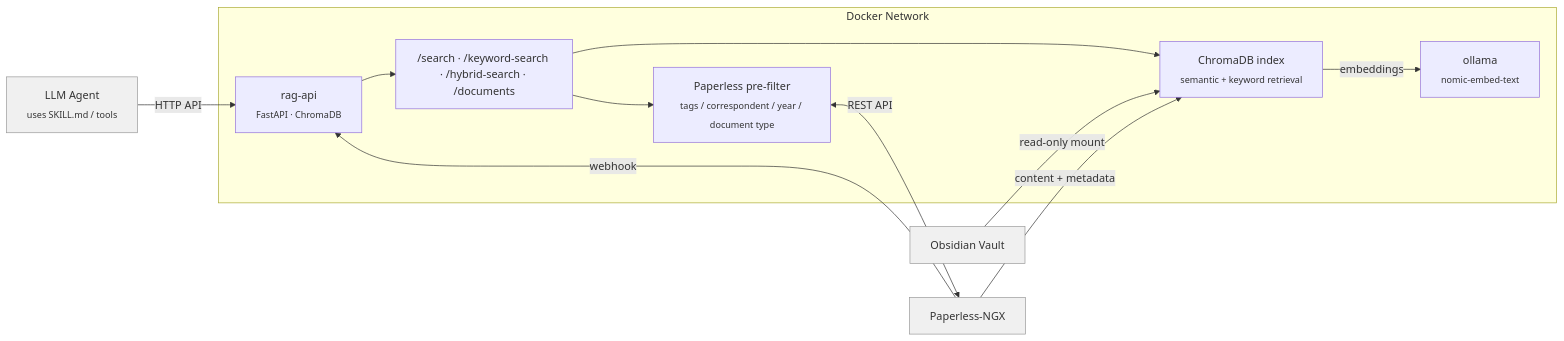
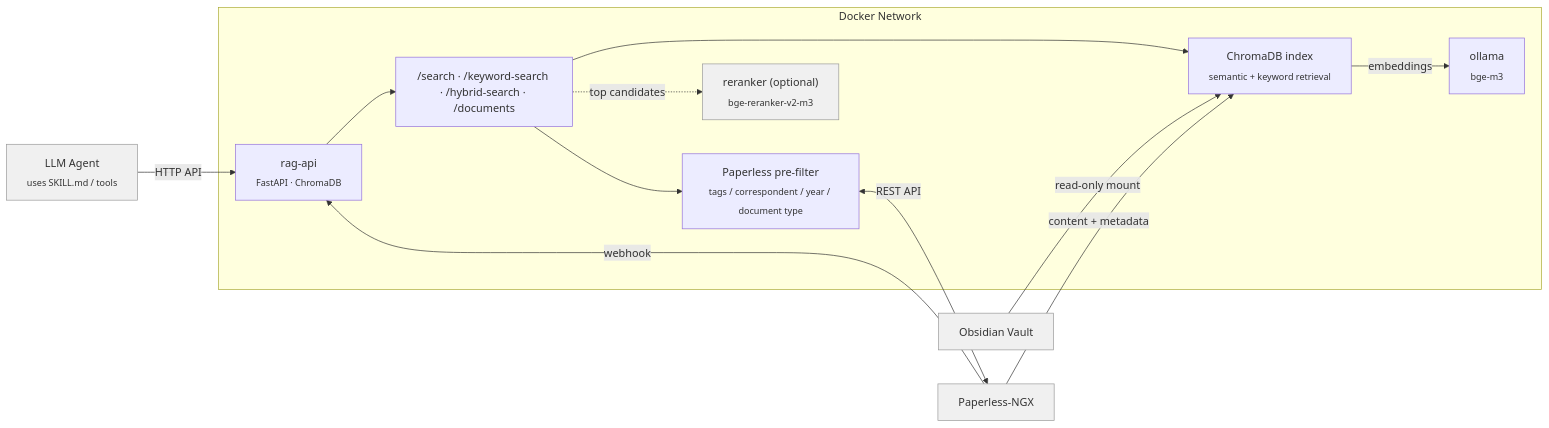
Before and after one commit to duongel/rag-api: the diagram in README.md, drawn with Mermaid. The commit also changed other lines of this file and 9 other files, not shown here.

First line of the commit message:
feat(index): upgrade to bge-m3, add opt-in reranker, tune HNSW

````diff
--- a/README.md
+++ b/README.md
@@ -98,27 +98,29 @@
 ```mermaid
 graph LR
     AGENT["LLM Agent<br><sub>uses SKILL.md / tools</sub>"]:::ext
 
     subgraph Docker Network
         API["rag-api<br><sub>FastAPI · ChromaDB</sub>"]
         SEARCH["/search · /keyword-search · /hybrid-search · /documents"]
         FILTER["Paperless pre-filter<br><sub>tags / correspondent / year / document type</sub>"]
         CHROMA["ChromaDB index<br><sub>semantic + keyword retrieval</sub>"]
-        OLL["ollama<br><sub>nomic-embed-text</sub>"]
+        OLL["ollama<br><sub>bge-m3</sub>"]
+        RERANK["reranker (optional)<br><sub>bge-reranker-v2-m3</sub>"]:::ext
     end
 
     VAULT["Obsidian Vault"]:::ext
     PAPER["Paperless-NGX"]:::ext
 
     AGENT -->|HTTP API| API
     API --> SEARCH
     SEARCH --> FILTER
     FILTER <-->|REST API| PAPER
     SEARCH --> CHROMA
     CHROMA -->|embeddings| OLL
+    SEARCH -.->|top candidates| RERANK
     VAULT -->|read-only mount| CHROMA
     PAPER -->|content + metadata| CHROMA
     PAPER -->|webhook| API
 
     classDef ext fill:#f0f0f0,stroke:#999,stroke-width:1px,color:#333
 ```
````
